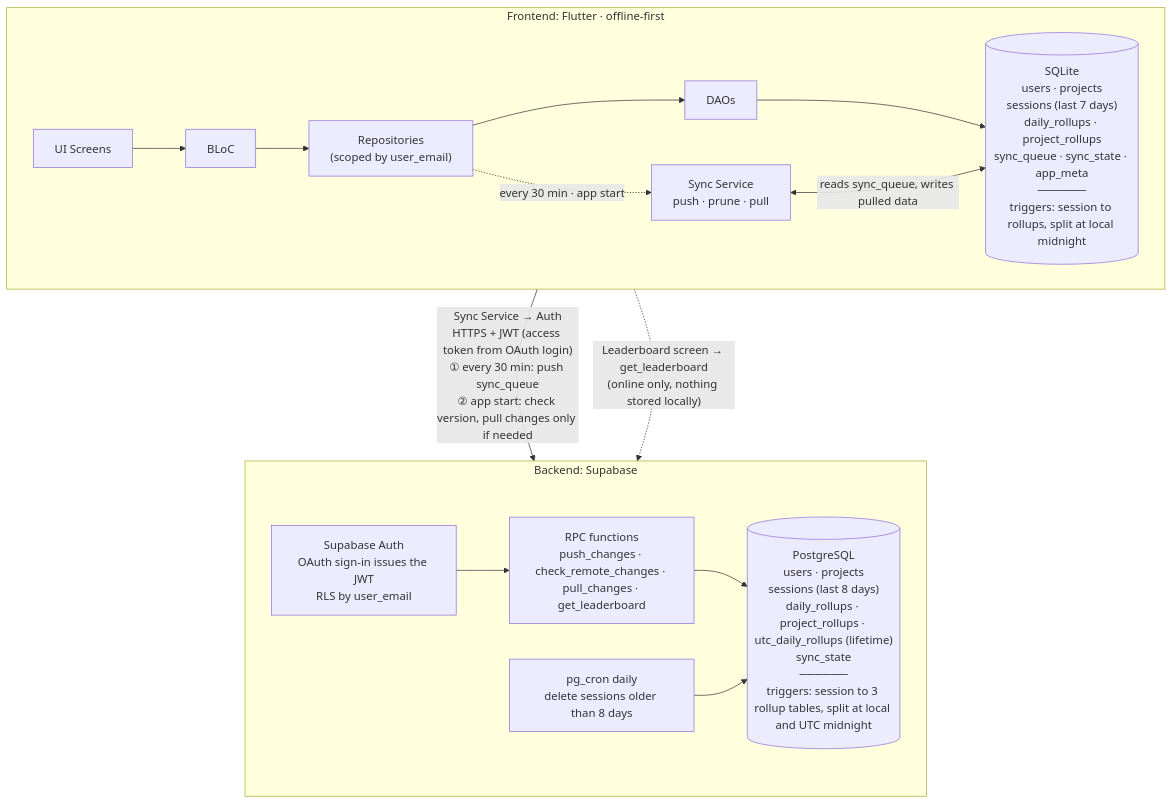
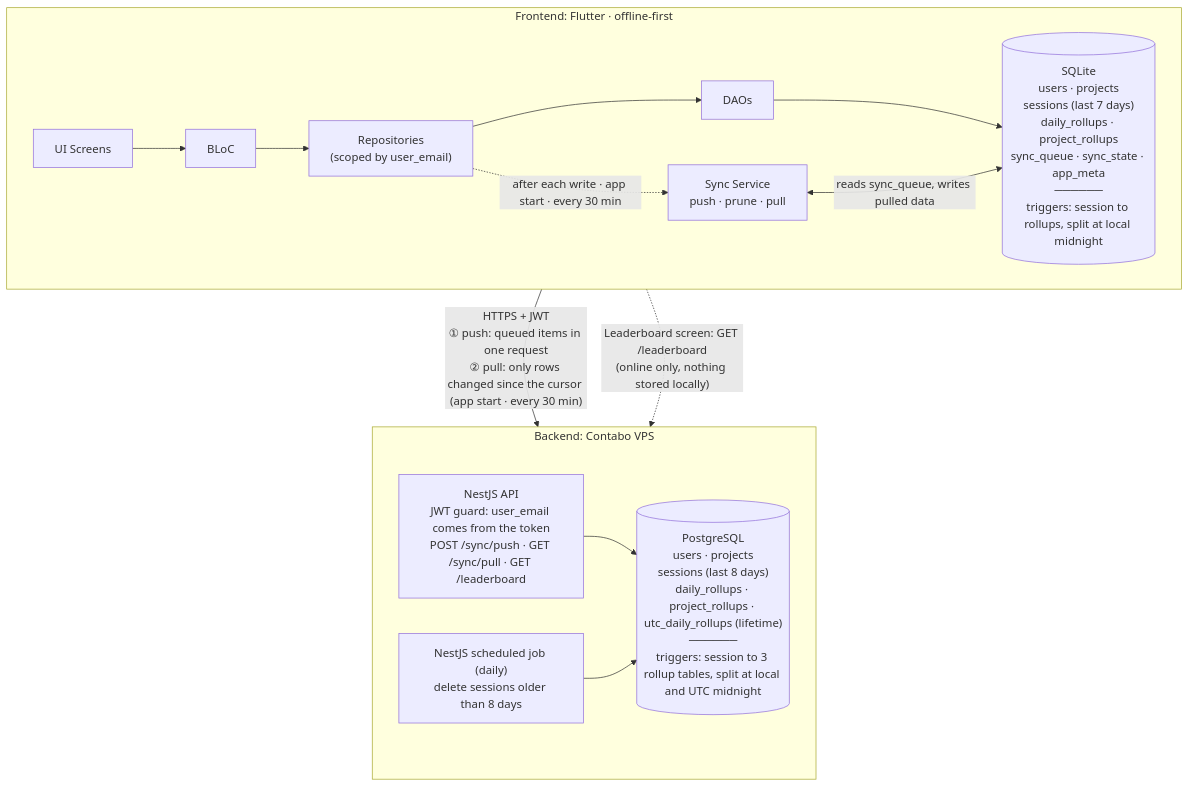
One commit to sardaar-niamotullah/tarkeez changed the first of 3 diagrams in README.md. Above: the diagram before and after it, drawn with Mermaid. The commit also changed other lines of this file and 6 other files, not shown here.

Commit message:
feat: add Docker setup for NestJS and PostgreSQL

````diff
--- a/README.md
+++ b/README.md
@@ -52,18 +78,18 @@
 ```mermaid
 flowchart TB
   subgraph APP["Frontend: Flutter · offline-first"]
     direction LR
     UI["UI Screens"] --> BLOC["BLoC"] --> REPO["Repositories<br/>(scoped by user_email)"] --> DAO["DAOs"] --> LDB[("SQLite<br/>users · projects<br/>sessions (last 7 days)<br/>daily_rollups · project_rollups<br/>sync_queue · sync_state · app_meta<br/>──────<br/>triggers: session to rollups, split at local midnight")]
-    REPO -.->|"every 30 min · app start"| SYNC["Sync Service<br/>push · prune · pull"]
+    REPO -.->|"after each write · app start · every 30 min"| SYNC["Sync Service<br/>push · prune · pull"]
     SYNC <-->|"reads sync_queue, writes pulled data"| LDB
   end
 
-  subgraph CLOUD["Backend: Supabase"]
+  subgraph VPS["Backend: Contabo VPS"]
     direction LR
-    AUTH["Supabase Auth<br/>OAuth sign-in issues the JWT<br/>RLS by user_email"] --> RPC["RPC functions<br/>push_changes · check_remote_changes · pull_changes · get_leaderboard"] --> CDB[("PostgreSQL<br/>users · projects<br/>sessions (last 8 days)<br/>daily_rollups · project_rollups · utc_daily_rollups (lifetime)<br/>sync_state<br/>──────<br/>triggers: session to 3 rollup tables, split at local and UTC midnight")]
-    CRON["pg_cron daily<br/>delete sessions older than 8 days"] --> CDB
+    API["NestJS API<br/>JWT guard: user_email comes from the token<br/>POST /sync/push · GET /sync/pull · GET /leaderboard"] --> PG[("PostgreSQL<br/>users · projects<br/>sessions (last 8 days)<br/>daily_rollups · project_rollups · utc_daily_rollups (lifetime)<br/>──────<br/>triggers: session to 3 rollup tables, split at local and UTC midnight")]
+    CRON["NestJS scheduled job (daily)<br/>delete sessions older than 8 days"] --> PG
   end
 
-  APP -->|"Sync Service → Auth<br/>HTTPS + JWT (access token from OAuth login)<br/>① every 30 min: push sync_queue<br/>② app start: check version, pull changes only if needed"| CLOUD
-  APP -.->|"Leaderboard screen → get_leaderboard<br/>(online only, nothing stored locally)"| CLOUD
+  APP -->|"HTTPS + JWT<br/>① push: queued items in one request<br/>② pull: only rows changed since the cursor (app start · every 30 min)"| API
+  APP -.->|"Leaderboard screen: GET /leaderboard<br/>(online only, nothing stored locally)"| API
 ```
````
